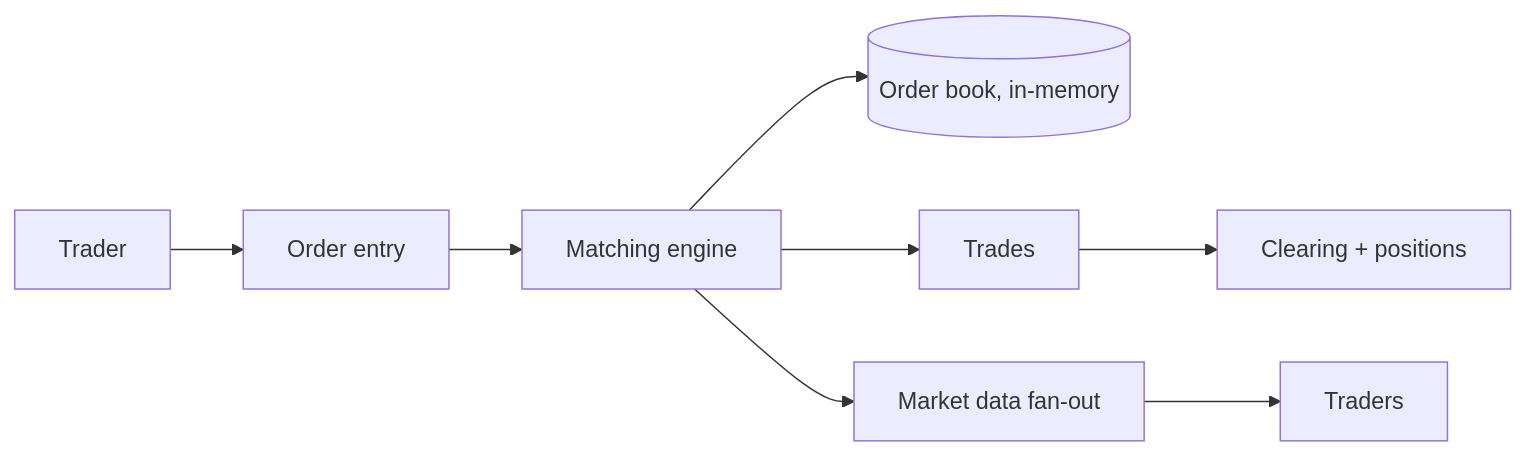
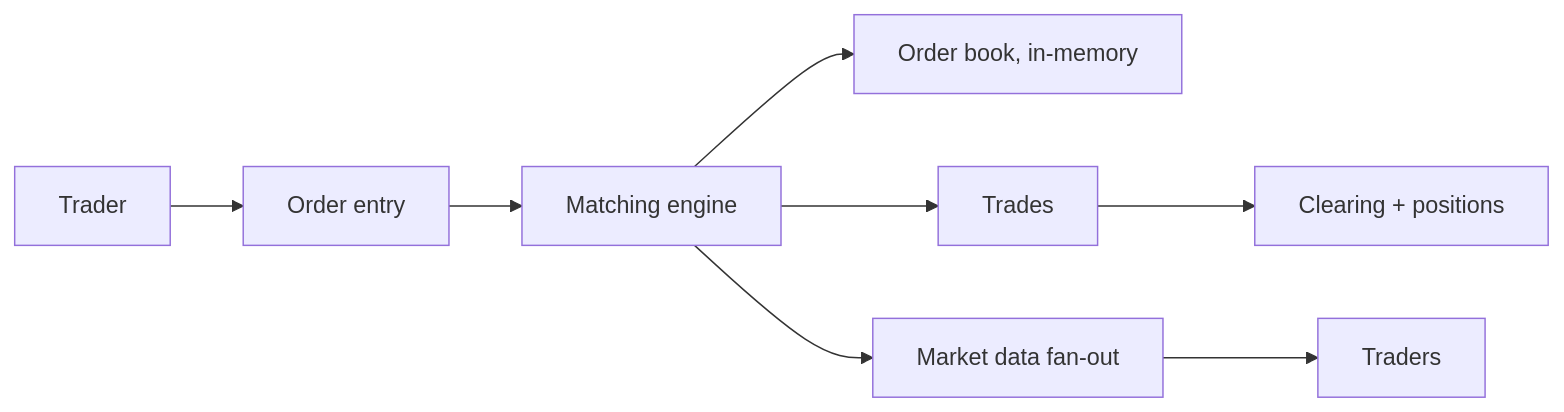
The first of 4 diagrams in case-studies/extreme/stock-trading.md (RIT-MESH/system-design-mastery), drawn with Mermaid before and after one commit. The commit also changed 139 other files, not shown here.

First line of the commit message:
Fix Mermaid parse errors: replace parentheses in node labels across 140 files

````diff
--- a/case-studies/extreme/stock-trading.md
+++ b/case-studies/extreme/stock-trading.md
@@ -54,10 +54,10 @@
 ```mermaid
 %% created-for: system-design-mastery
 flowchart LR
   Trader --> OE[Order entry] --> Match[Matching engine]
-  Match --> Book[(Order book, in-memory)]
+  Match --> Book[Order book, in-memory]
   Match --> Trade[Trades]
   Trade --> Clear[Clearing + positions]
   Match --> MD[Market data fan-out]
   MD --> Traders
 ```
````
